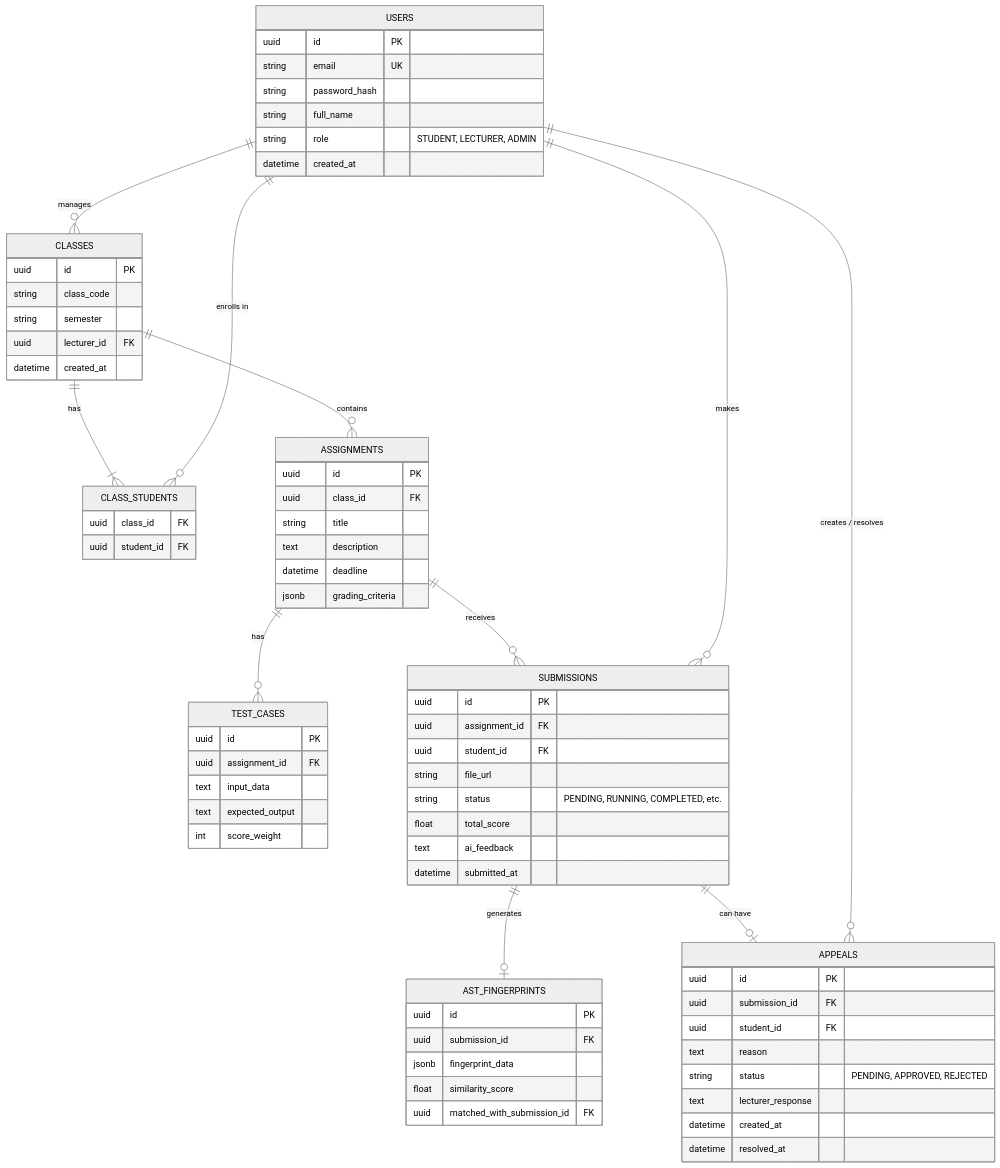
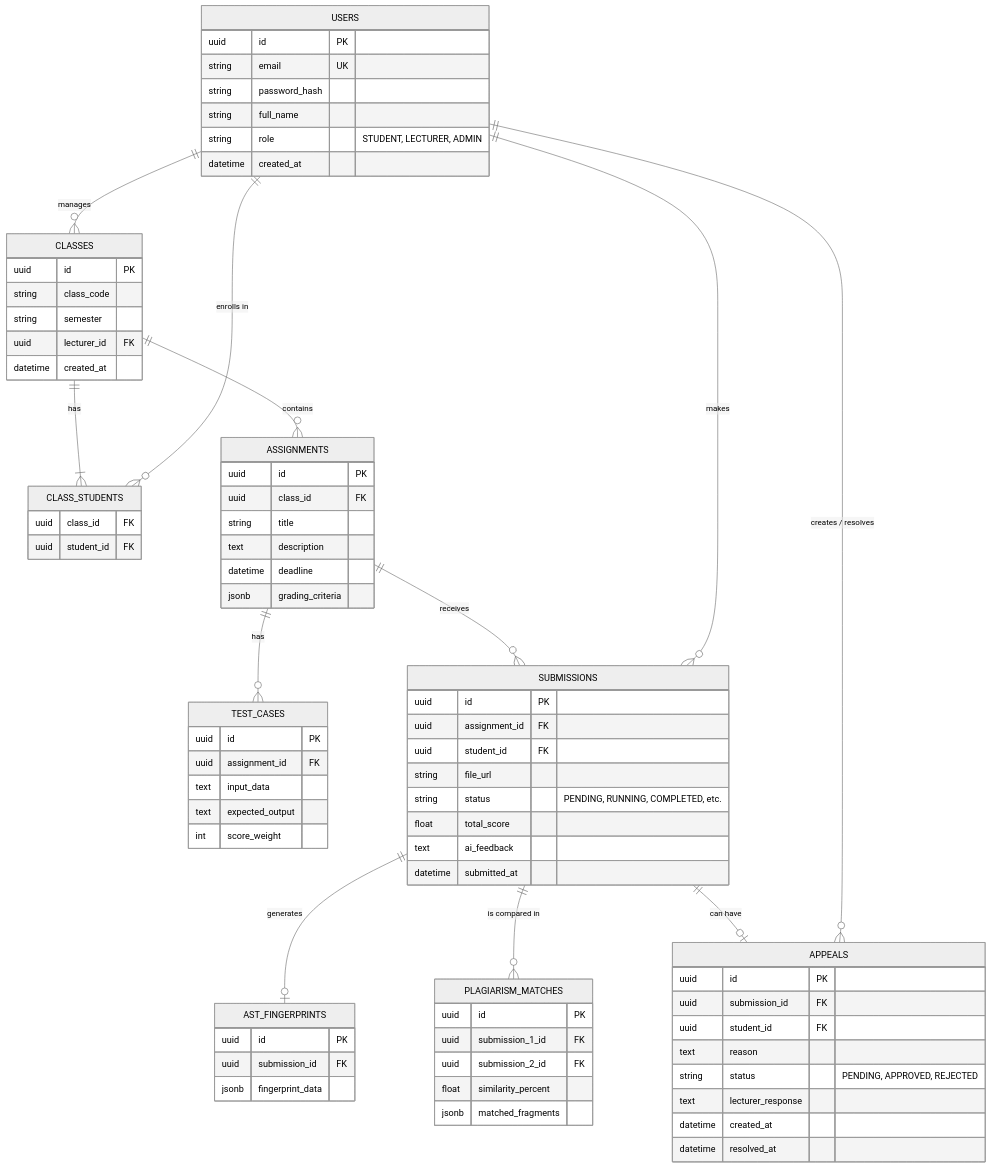
The ninth of 10 diagrams in docs/01_SRS/AITA_SRS_Document.md (qucthih/SWP391_Group3), drawn with Mermaid (neutral theme) before and after one commit. The commit also changed other lines of this file and 1 other file, not shown here.

````diff
--- a/docs/01_SRS/AITA_SRS_Document.md
+++ b/docs/01_SRS/AITA_SRS_Document.md
@@ -532,8 +532,14 @@
         uuid id PK
         uuid submission_id FK
         jsonb fingerprint_data
-        float similarity_score
-        uuid matched_with_submission_id FK
+    }
+
+    PLAGIARISM_MATCHES {
+        uuid id PK
+        uuid submission_1_id FK
+        uuid submission_2_id FK
+        float similarity_percent
+        jsonb matched_fragments
     }
 
     APPEALS {
@@ -555,6 +561,7 @@
     ASSIGNMENTS ||--o{ SUBMISSIONS : "receives"
     USERS ||--o{ SUBMISSIONS : "makes"
     SUBMISSIONS ||--o| AST_FINGERPRINTS : "generates"
+    SUBMISSIONS ||--o{ PLAGIARISM_MATCHES : "is compared in"
     SUBMISSIONS ||--o| APPEALS : "can have"
     USERS ||--o{ APPEALS : "creates / resolves"
 ```
````
